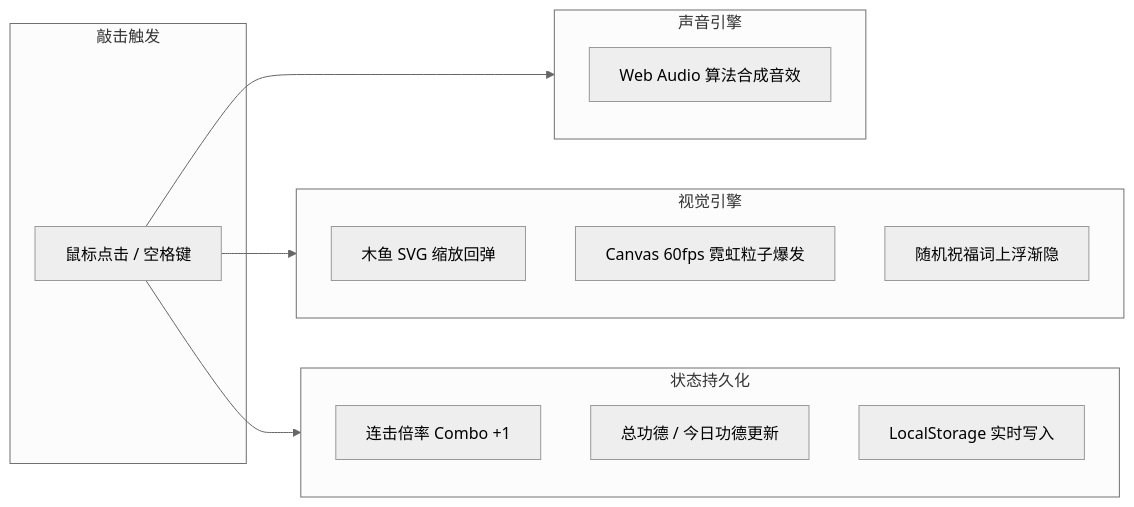
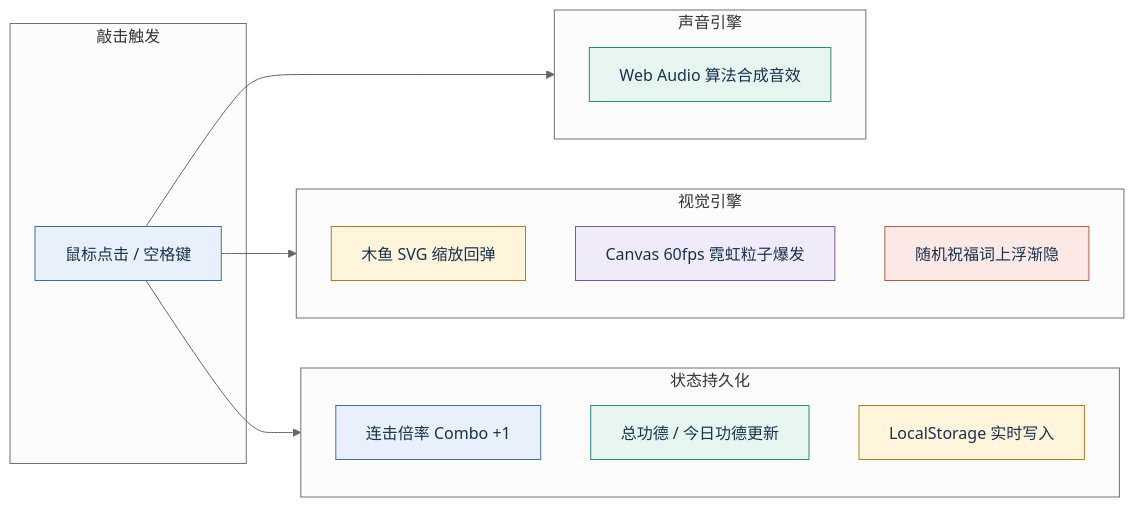
The diagram in 05_OpenCode实战/img/diagrams/03-diagram-02.mmd (buffer121328/vibe-coding-and-agents), drawn with Mermaid (neutral theme) before and after one commit. The commit also changed 131 other files, not shown here.

Commit message:
docs: 润色第四至第六章正文与图表

```diff
--- a/05_OpenCode实战/img/diagrams/03-diagram-02.mmd
+++ b/05_OpenCode实战/img/diagrams/03-diagram-02.mmd
@@ -1,24 +1,34 @@
 graph LR
     subgraph Trigger ["敲击触发"]
         A["鼠标点击 / 空格键"]
     end
 
     subgraph Audio ["声音引擎"]
         B["Web Audio 算法合成音效"]
     end
 
     subgraph Visual ["视觉引擎"]
         C1["木鱼 SVG 缩放回弹"]
         C2["Canvas 60fps 霓虹粒子爆发"]
         C3["随机祝福词上浮渐隐"]
     end
 
     subgraph State ["状态持久化"]
         D1["连击倍率 Combo +1"]
         D2["总功德 / 今日功德更新"]
         D3["LocalStorage 实时写入"]
     end
 
     A --> Audio
     A --> Visual
     A --> State
+
+%% Academic palette: restrained blue, teal, gold, violet, and coral accents.
+style A fill:#E8F1FB,stroke:#3A6EA5,color:#17324D
+style B fill:#E7F5F1,stroke:#2B8A78,color:#17324D
+style C1 fill:#FFF4DC,stroke:#B47A1F,color:#17324D
+style C2 fill:#F0EBFA,stroke:#7357A6,color:#17324D
+style C3 fill:#FCE9E6,stroke:#B65C4A,color:#17324D
+style D1 fill:#E8F1FB,stroke:#3A6EA5,color:#17324D
+style D2 fill:#E7F5F1,stroke:#2B8A78,color:#17324D
+style D3 fill:#FFF4DC,stroke:#B47A1F,color:#17324D
```
